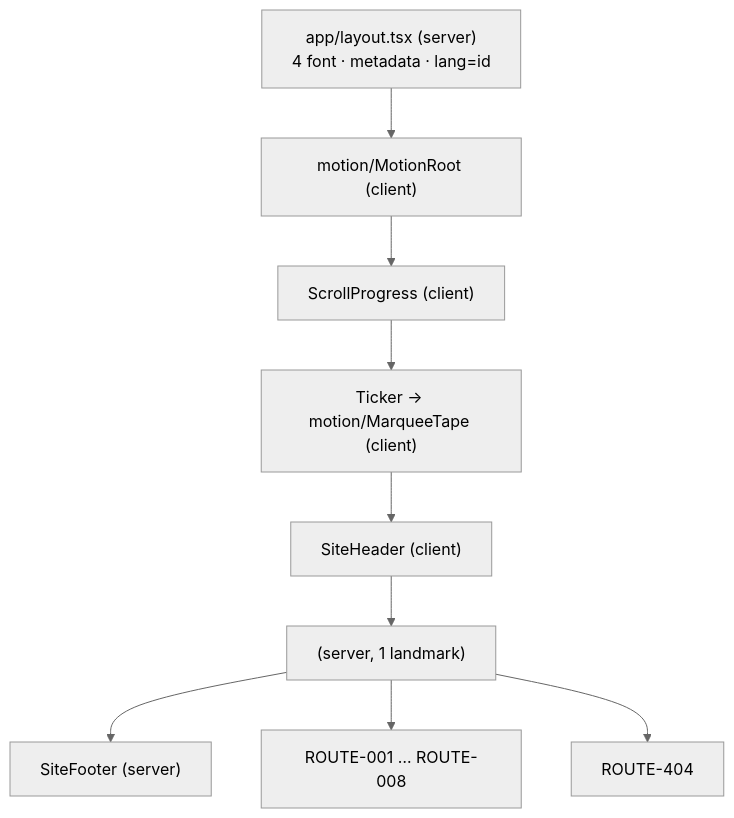
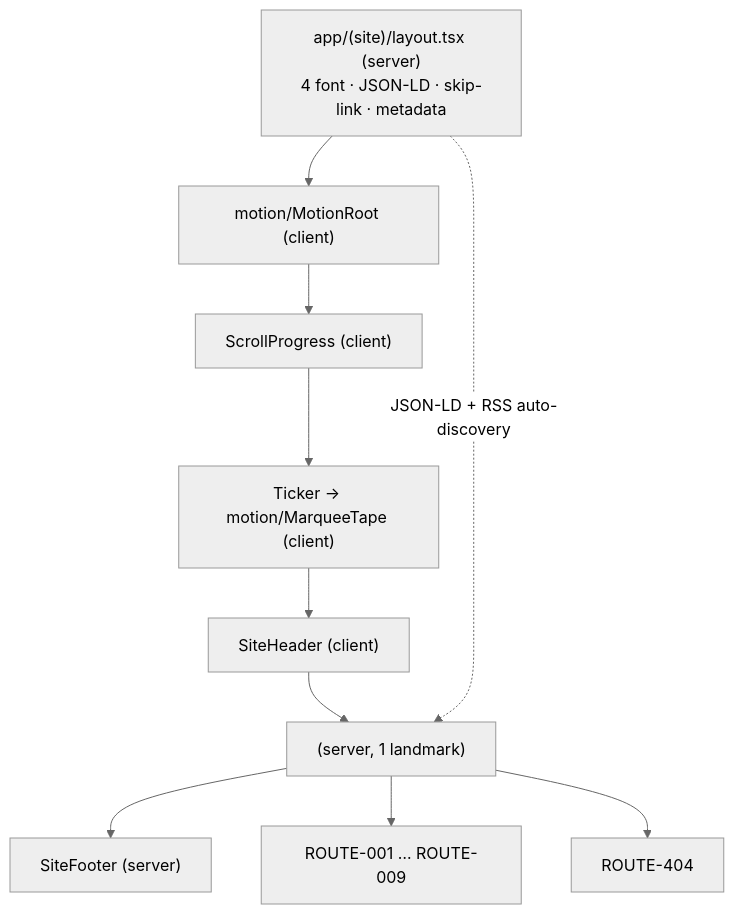
The first of 5 diagrams in docs/FRONTEND-PLAN.md (albiruby/melodialam-website), drawn with Mermaid (neutral theme) before and after one commit. The commit also changed other lines of this file and 23 other files, not shown here.

````diff
--- a/docs/FRONTEND-PLAN.md
+++ b/docs/FRONTEND-PLAN.md
@@ -194,13 +233,14 @@
 ```mermaid
 graph TB
-  ROOT["app/layout.tsx (server)<br/>4 font · metadata · lang=id"]
+  ROOT["app/(site)/layout.tsx (server)<br/>4 font · JSON-LD · skip-link · metadata"]
   MR["motion/MotionRoot (client)"]
   SP["ScrollProgress (client)"]
   TK["Ticker → motion/MarqueeTape (client)"]
   HD["SiteHeader (client)"]
-  MAIN["<main> (server, 1 landmark)"]
+  MAIN["<main id=main> (server, 1 landmark)"]
   FT["SiteFooter (server)"]
   ROOT --> MR --> SP --> TK --> HD --> MAIN --> FT
-  MAIN --> R1["ROUTE-001 … ROUTE-008"]
+  MAIN --> R1["ROUTE-001 … ROUTE-009"]
   MAIN --> NF["ROUTE-404"]
+  ROOT -.->|"JSON-LD + RSS auto-discovery"| MAIN
 ```
````
